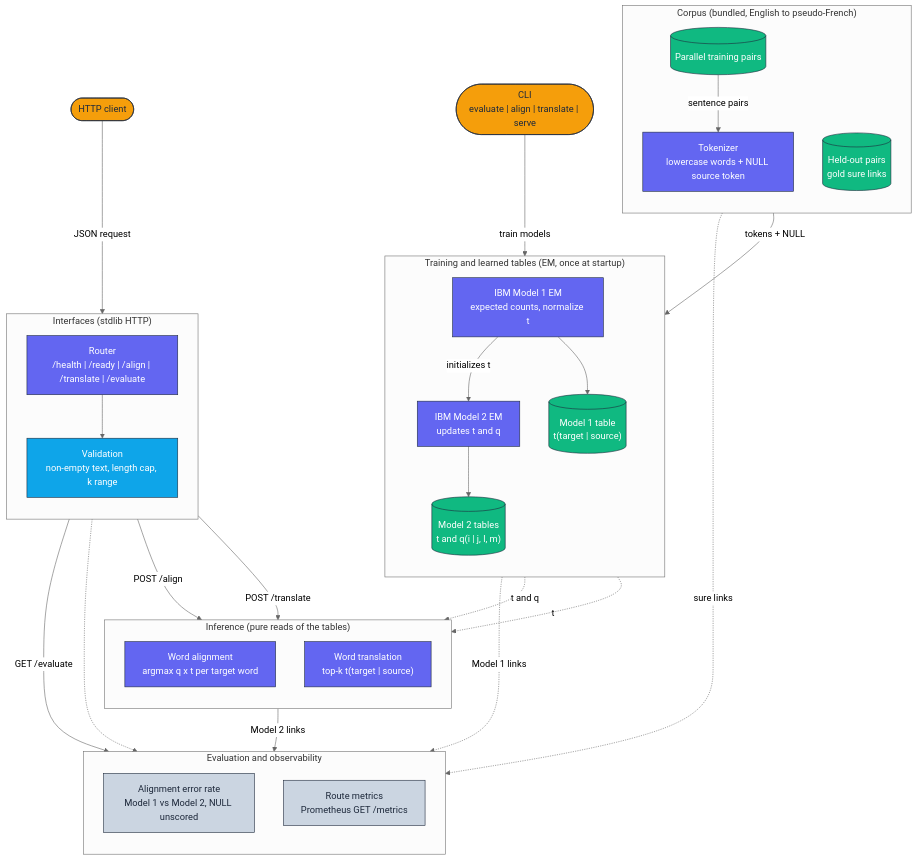
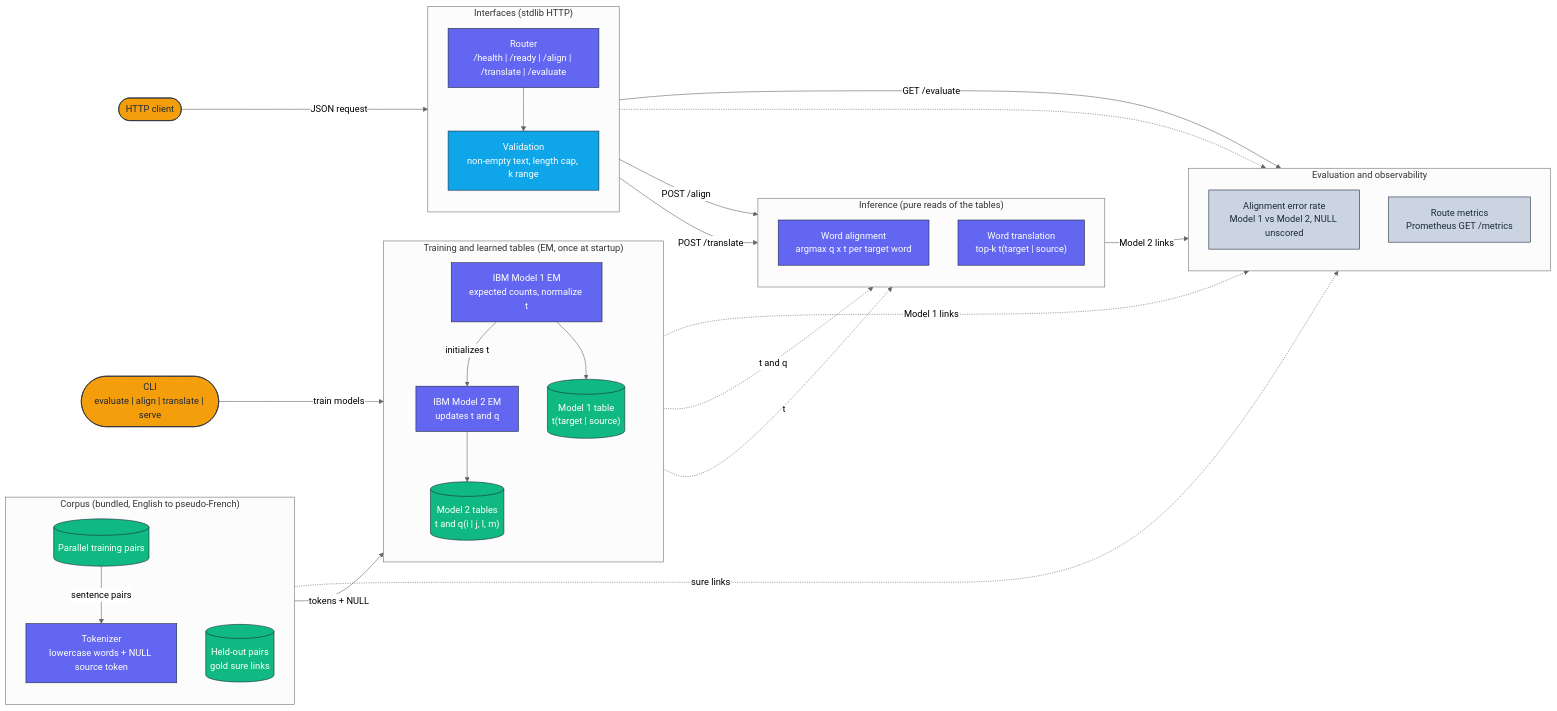
The diagram in docs/architecture/architecture.mmd (adeoluo/statistical-translation), drawn with Mermaid (neutral theme) before and after one commit. The commit also changed 1 other file, not shown here.

Commit message:
docs: horizontal layered architecture diagram

```diff
--- a/docs/architecture/architecture.mmd
+++ b/docs/architecture/architecture.mmd
@@ -1,59 +1,59 @@
-flowchart TD
+flowchart LR
     classDef edge     fill:#F59E0B,stroke:#1E293B,color:#1E293B,stroke-width:1px;
     classDef core     fill:#6366F1,stroke:#1E293B,color:#ffffff,stroke-width:1px;
     classDef data     fill:#10B981,stroke:#1E293B,color:#ffffff,stroke-width:1px;
     classDef control  fill:#0EA5E9,stroke:#1E293B,color:#ffffff,stroke-width:1px;
     classDef obs      fill:#CBD5E1,stroke:#1E293B,color:#1E293B,stroke-width:1px;
 
     CLI(["CLI<br/>evaluate | align | translate | serve"]):::edge
     Client(["HTTP client"]):::edge
 
     subgraph Data["Corpus (bundled, English to pseudo-French)"]
         direction TB
         Corpus[("Parallel training pairs")]:::data
         Gold[("Held-out pairs<br/>gold sure links")]:::data
         Tokenize["Tokenizer<br/>lowercase words + NULL source token"]:::core
     end
 
     subgraph Train["Training and learned tables (EM, once at startup)"]
         direction TB
         M1["IBM Model 1 EM<br/>expected counts, normalize t"]:::core
         M2["IBM Model 2 EM<br/>updates t and q"]:::core
         T1[("Model 1 table<br/>t(target | source)")]:::data
         T2[("Model 2 tables<br/>t and q(i | j, l, m)")]:::data
     end
 
     subgraph Edge["Interfaces (stdlib HTTP)"]
         direction TB
         Router["Router<br/>/health | /ready | /align | /translate | /evaluate"]:::core
         Validate["Validation<br/>non-empty text, length cap, k range"]:::control
     end
 
     subgraph Infer["Inference (pure reads of the tables)"]
         direction TB
         Align["Word alignment<br/>argmax q x t per target word"]:::core
         Translate["Word translation<br/>top-k t(target | source)"]:::core
     end
 
     subgraph Eval["Evaluation and observability"]
         direction TB
         AER["Alignment error rate<br/>Model 1 vs Model 2, NULL unscored"]:::obs
         Metrics["Route metrics<br/>Prometheus GET /metrics"]:::obs
     end
 
     CLI -->|train models| M1
     Corpus -->|sentence pairs| Tokenize
     Tokenize -->|tokens + NULL| M1
     M1 -->|initializes t| M2
     M1 --> T1
     M2 --> T2
     Client -->|JSON request| Router --> Validate
     Validate -->|POST /align| Align
     Validate -->|POST /translate| Translate
     T2 -.->|t and q| Align
     T1 -.->|t| Translate
     Router -->|GET /evaluate| AER
     Align -->|Model 2 links| AER
     T1 -.->|Model 1 links| AER
     Gold -.->|sure links| AER
     Router -.-> Metrics
```
